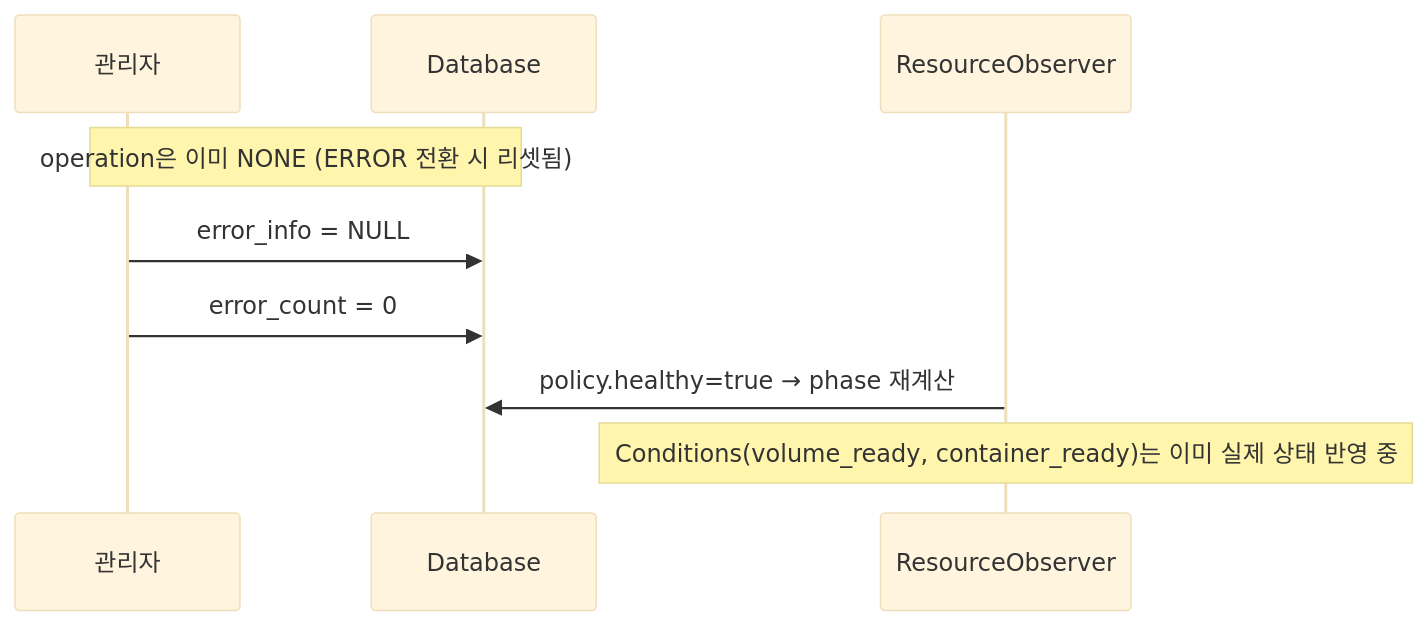
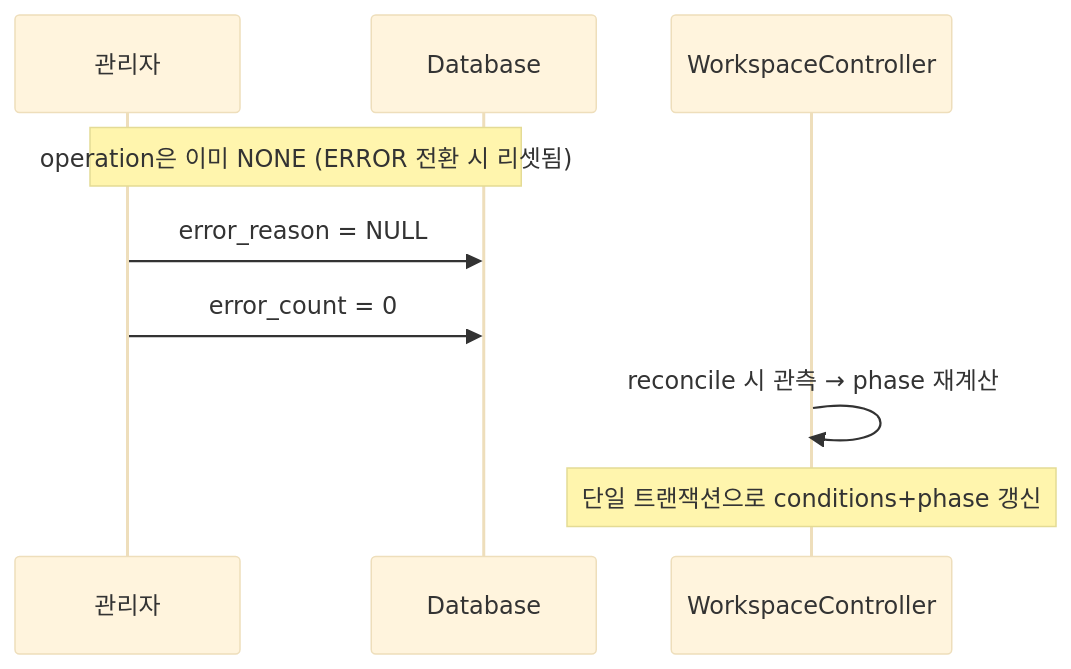
Before and after one commit to cagojeiger/code-hub: the fifth of 5 diagrams in docs/spec_v2/04-control-plane.md, drawn with Mermaid (base theme). The commit also changed other lines of this file and 6 other files, not shown here.

First line of the commit message:
docs(spec_v2): merge RO+OC into WorkspaceController and simplify error columns

````diff
--- a/docs/spec_v2/04-control-plane.md
+++ b/docs/spec_v2/04-control-plane.md
@@ -496,12 +453,12 @@
 ```mermaid
 sequenceDiagram
     participant Admin as 관리자
     participant DB as Database
-    participant RO as ResourceObserver
+    participant WC as WorkspaceController
 
     Note over Admin,DB: operation은 이미 NONE (ERROR 전환 시 리셋됨)
-    Admin->>DB: error_info = NULL
+    Admin->>DB: error_reason = NULL
     Admin->>DB: error_count = 0
-    RO->>DB: policy.healthy=true → phase 재계산
-    Note over RO: Conditions(volume_ready, container_ready)는 이미 실제 상태 반영 중
+    WC->>WC: reconcile 시 관측 → phase 재계산
+    Note over WC: 단일 트랜잭션으로 conditions+phase 갱신
 ```
````
